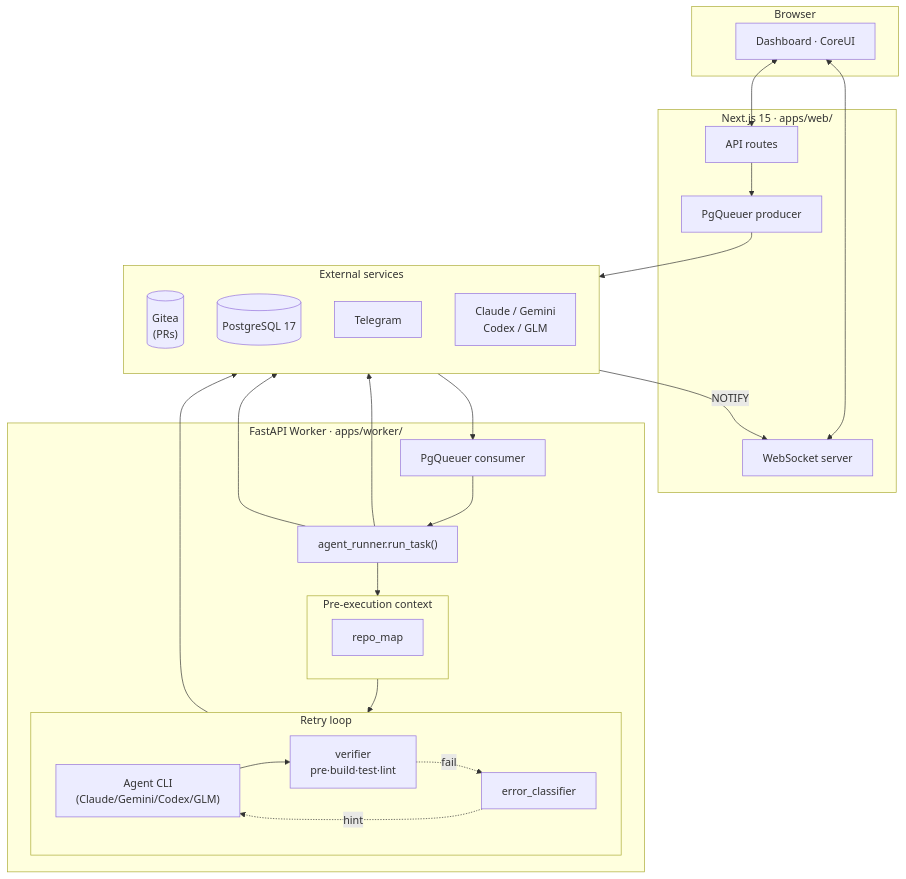
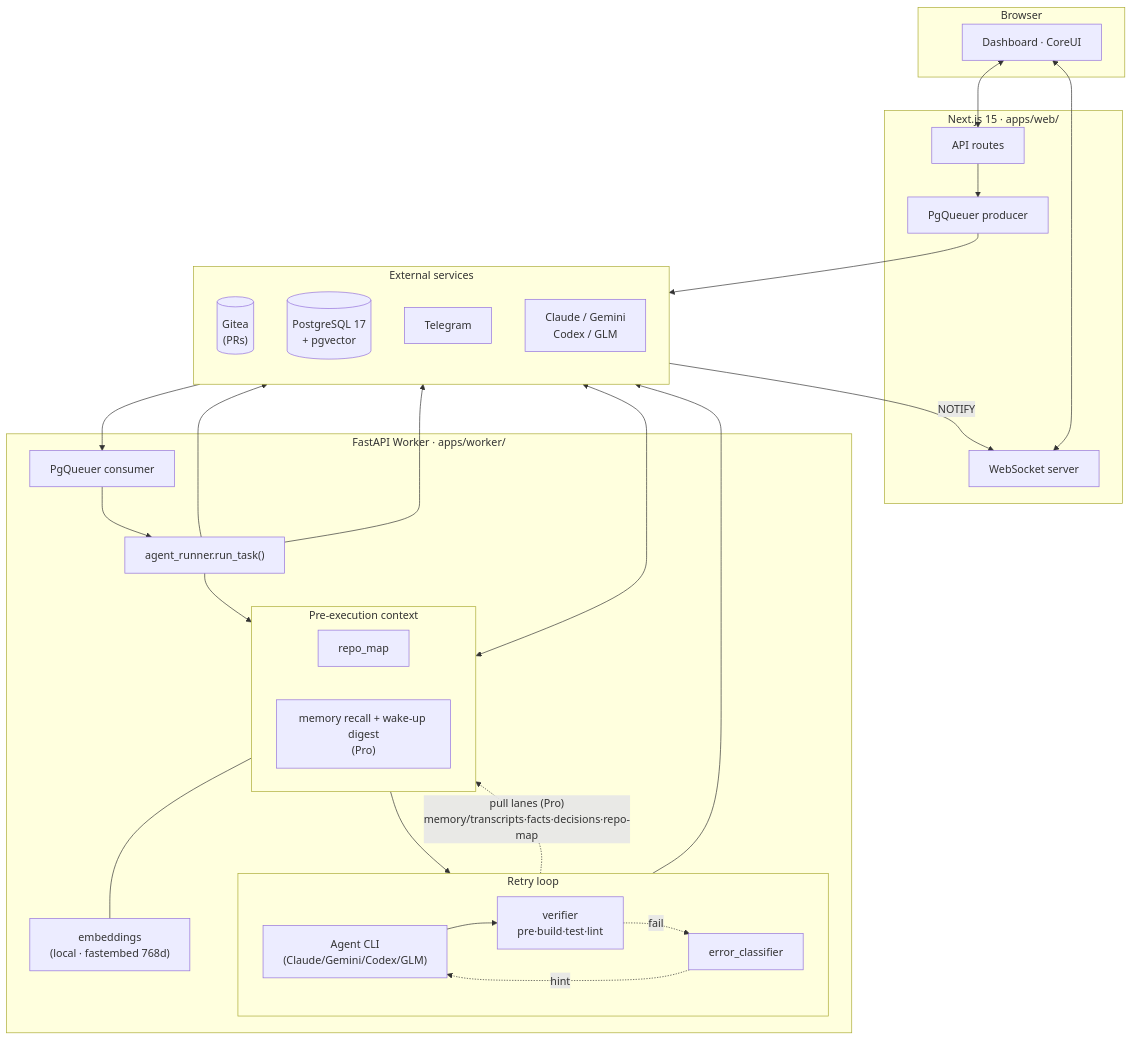
Before and after one commit to sergiovision/DevServer: the diagram in README.md, drawn with Mermaid. The commit also changed other lines of this file and 55 other files, not shown here.

````diff
--- a/README.md
+++ b/README.md
@@ -146,47 +148,52 @@
 ```mermaid
 flowchart TB
   subgraph browser["Browser"]
     Dash["Dashboard · CoreUI"]
   end
 
   subgraph web["Next.js 15 · apps/web/"]
     API["API routes"]
     WS["WebSocket server"]
     Prod["PgQueuer producer"]
   end
 
   subgraph worker["FastAPI Worker · apps/worker/"]
     Cons["PgQueuer consumer"]
     Runner["agent_runner.run_task()"]
+    Emb["embeddings<br/>(local · fastembed 768d)"]
     subgraph ctx["Pre-execution context"]
       direction LR
       RM["repo_map"]
+      KB["memory recall + wake-up digest<br/>(Pro)"]
     end
     subgraph loop["Retry loop"]
       direction LR
       CLI["Agent CLI<br/>(Claude/Gemini/Codex/GLM)"]
       VER["verifier<br/>pre·build·test·lint"]
       EC["error_classifier"]
       CLI --> VER
       VER -.fail.-> EC -.hint.-> CLI
     end
     Runner --> ctx --> loop
+    CLI -. "pull lanes (Pro)<br/>memory/transcripts·facts·decisions·repo-map" .-> KB
+    KB --- Emb
   end
 
   subgraph ext["External services"]
     direction TB
     Gitea[("Gitea<br/>(PRs)")]
-    PG2[("PostgreSQL 17")]
+    PG2[("PostgreSQL 17<br/>+ pgvector")]
     TG["Telegram"]
     Agents["Claude / Gemini<br/>Codex / GLM"]
   end
 
   Dash <--> API
   Dash <--> WS
   API --> Prod --> PG2
   PG2 --> Cons --> Runner
   PG2 -- NOTIFY --> WS
+  KB <--> PG2
   Runner --> Gitea
   Runner --> TG
   CLI --> Agents
 ```
````
